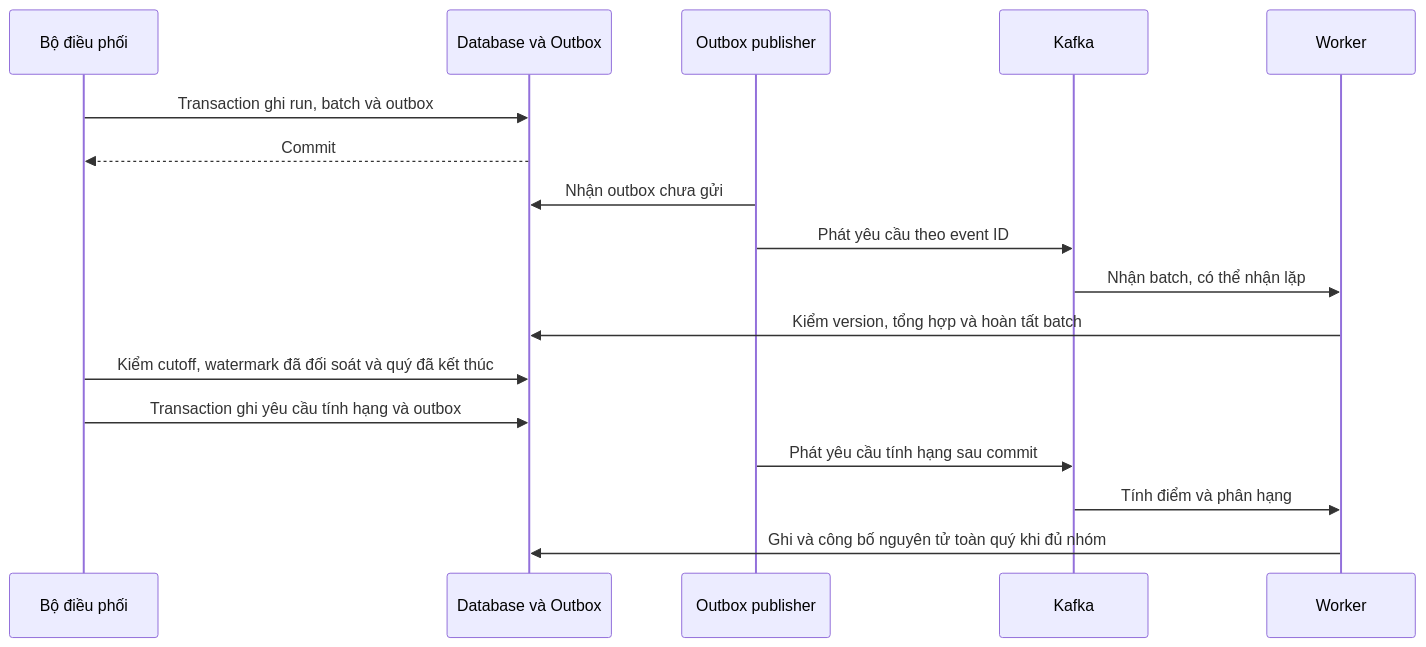
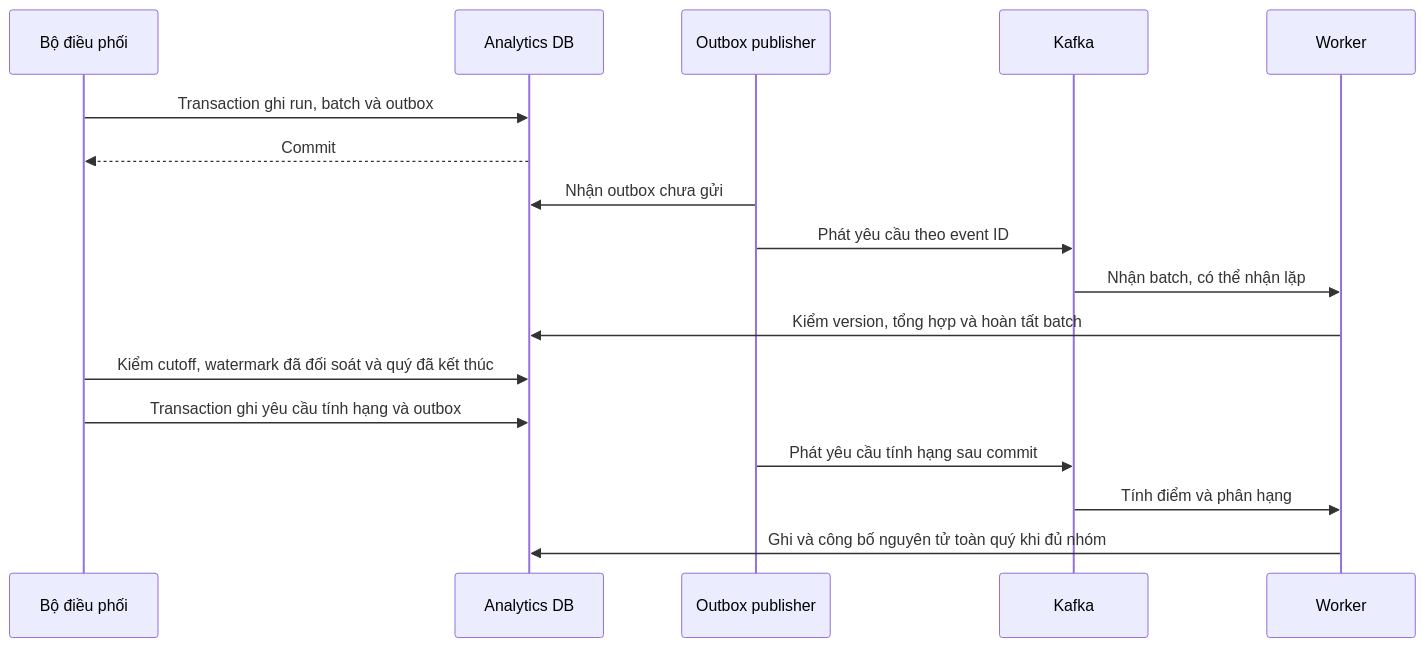
One commit to huynv-xyz/vhm-tdd changed the diagram in cobroker/diagrams/cobroker-07.mmd. Above: the diagram before and after it, drawn with Mermaid. The commit also changed 6 other files, not shown here.

Commit message:
docs: simplify architecture diagram labels

```diff
--- a/cobroker/diagrams/cobroker-07.mmd
+++ b/cobroker/diagrams/cobroker-07.mmd
@@ -1,17 +1,17 @@
 sequenceDiagram
     participant J as Bộ điều phối
-    participant D as Database và Outbox
+    participant D as Analytics DB
     participant P as Outbox publisher
     participant K as Kafka
     participant W as Worker
     J->>D: Transaction ghi run, batch và outbox
     D-->>J: Commit
     P->>D: Nhận outbox chưa gửi
     P->>K: Phát yêu cầu theo event ID
     K->>W: Nhận batch, có thể nhận lặp
     W->>D: Kiểm version, tổng hợp và hoàn tất batch
     J->>D: Kiểm cutoff, watermark đã đối soát và quý đã kết thúc
     J->>D: Transaction ghi yêu cầu tính hạng và outbox
     P->>K: Phát yêu cầu tính hạng sau commit
     K->>W: Tính điểm và phân hạng
     W->>D: Ghi và công bố nguyên tử toàn quý khi đủ nhóm
```
